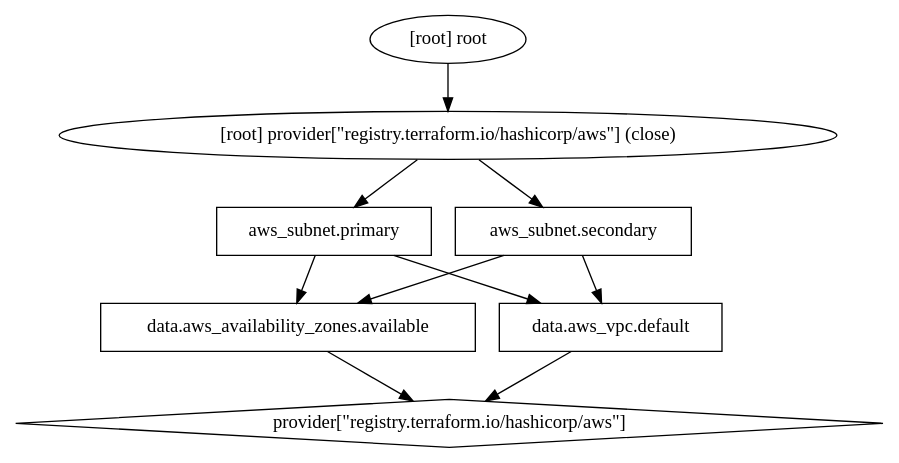
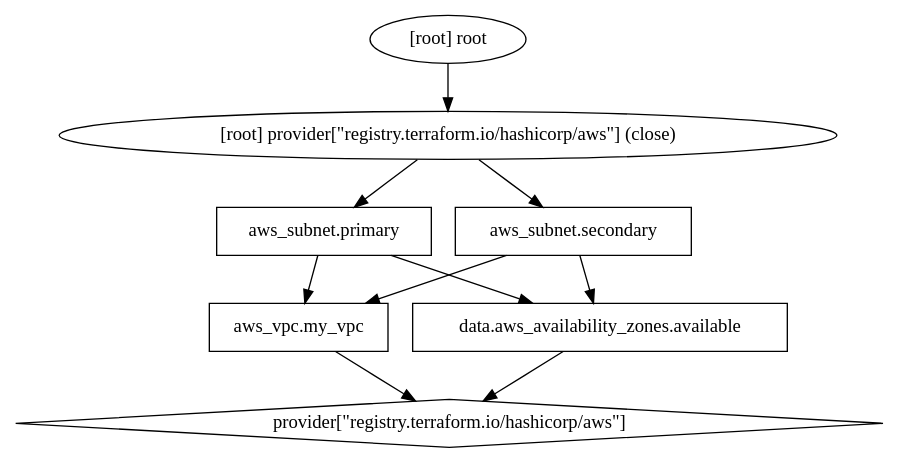
Before and after one commit to limseunghyun95/T102-Terraform: the diagram in week02-assignment/01-create-subnet/graph.dot, drawn with Graphviz. The commit also changed 5 other files, not shown here.

```diff
--- a/week02-assignment/01-create-subnet/graph.dot
+++ b/week02-assignment/01-create-subnet/graph.dot
@@ -1,20 +1,20 @@
 digraph {
 	compound = "true"
 	newrank = "true"
 	subgraph "root" {
 		"[root] aws_subnet.primary (expand)" [label = "aws_subnet.primary", shape = "box"]
 		"[root] aws_subnet.secondary (expand)" [label = "aws_subnet.secondary", shape = "box"]
+		"[root] aws_vpc.my_vpc (expand)" [label = "aws_vpc.my_vpc", shape = "box"]
 		"[root] data.aws_availability_zones.available (expand)" [label = "data.aws_availability_zones.available", shape = "box"]
-		"[root] data.aws_vpc.default (expand)" [label = "data.aws_vpc.default", shape = "box"]
 		"[root] provider[\"registry.terraform.io/hashicorp/aws\"]" [label = "provider[\"registry.terraform.io/hashicorp/aws\"]", shape = "diamond"]
+		"[root] aws_subnet.primary (expand)" -> "[root] aws_vpc.my_vpc (expand)"
 		"[root] aws_subnet.primary (expand)" -> "[root] data.aws_availability_zones.available (expand)"
-		"[root] aws_subnet.primary (expand)" -> "[root] data.aws_vpc.default (expand)"
+		"[root] aws_subnet.secondary (expand)" -> "[root] aws_vpc.my_vpc (expand)"
 		"[root] aws_subnet.secondary (expand)" -> "[root] data.aws_availability_zones.available (expand)"
-		"[root] aws_subnet.secondary (expand)" -> "[root] data.aws_vpc.default (expand)"
+		"[root] aws_vpc.my_vpc (expand)" -> "[root] provider[\"registry.terraform.io/hashicorp/aws\"]"
 		"[root] data.aws_availability_zones.available (expand)" -> "[root] provider[\"registry.terraform.io/hashicorp/aws\"]"
-		"[root] data.aws_vpc.default (expand)" -> "[root] provider[\"registry.terraform.io/hashicorp/aws\"]"
 		"[root] provider[\"registry.terraform.io/hashicorp/aws\"] (close)" -> "[root] aws_subnet.primary (expand)"
 		"[root] provider[\"registry.terraform.io/hashicorp/aws\"] (close)" -> "[root] aws_subnet.secondary (expand)"
 		"[root] root" -> "[root] provider[\"registry.terraform.io/hashicorp/aws\"] (close)"
 	}
 }
```
